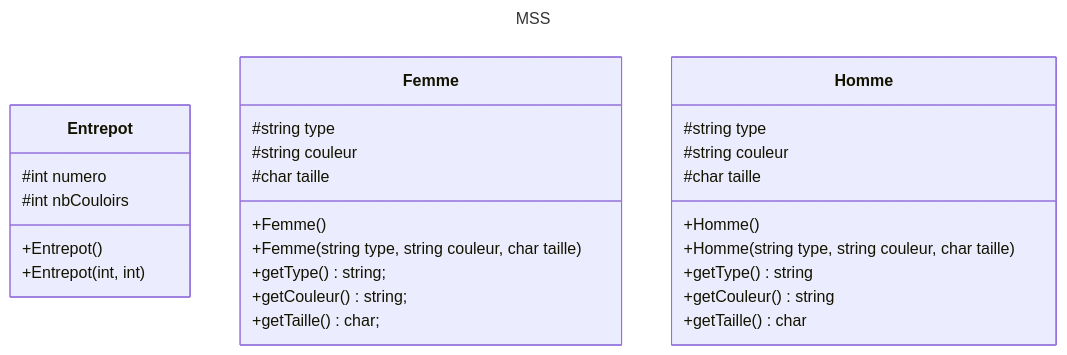
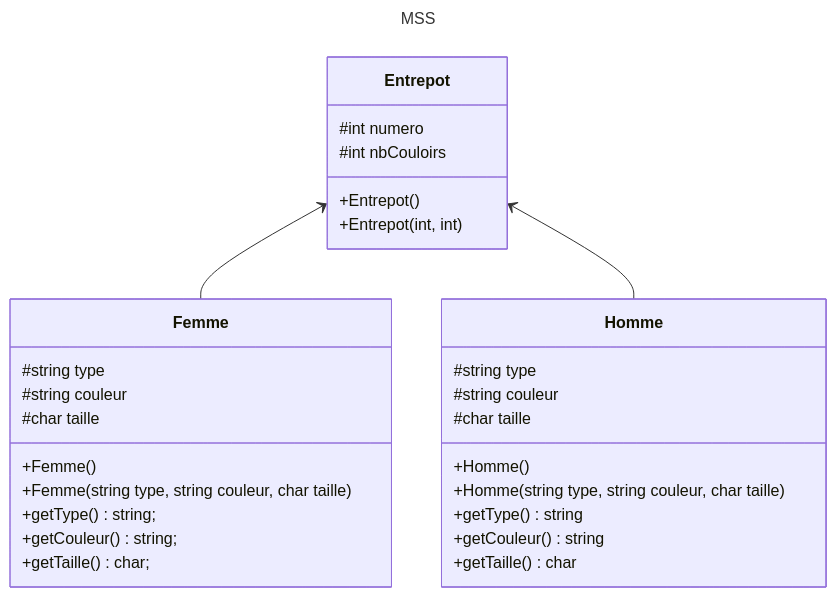
One commit to miriafassarella/projetSession changed the diagram in stock.md. Above: the diagram before and after it, drawn with Mermaid.

````diff
--- a/stock.md
+++ b/stock.md
@@ -1,35 +1,38 @@
 ```mermaid
 ---
 title: MSS
 ---
 classDiagram
 
 class Entrepot{
 #int numero
 #int nbCouloirs
 +Entrepot()
 +Entrepot(int, int)
 }
 
 class Femme{
 #string type
 #string couleur
 #char taille
 +Femme()
 +Femme(string type, string couleur, char taille)
 +getType() string;
 +getCouleur() string;
 +getTaille() char;
 }
 
 class Homme{
 #string type
 #string couleur
 #char taille
 +Homme()
 +Homme(string type, string couleur, char taille)
 +getType() string
 +getCouleur() string
 +getTaille() char
 }
+
+Entrepot <-- Femme
+Entrepot <--Homme
 ```
````
